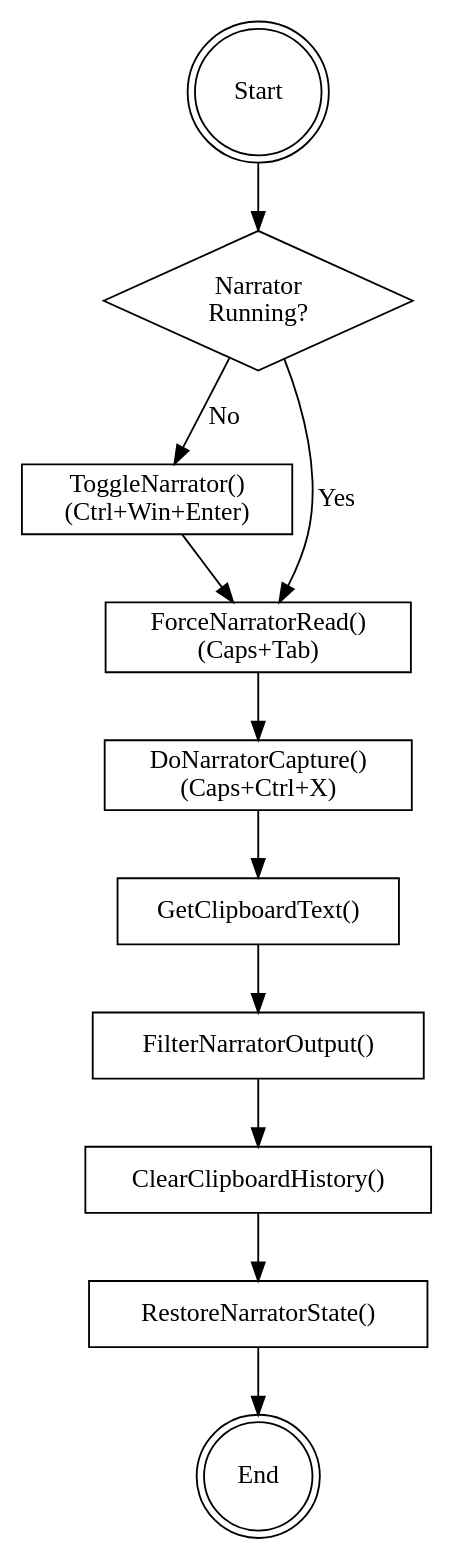
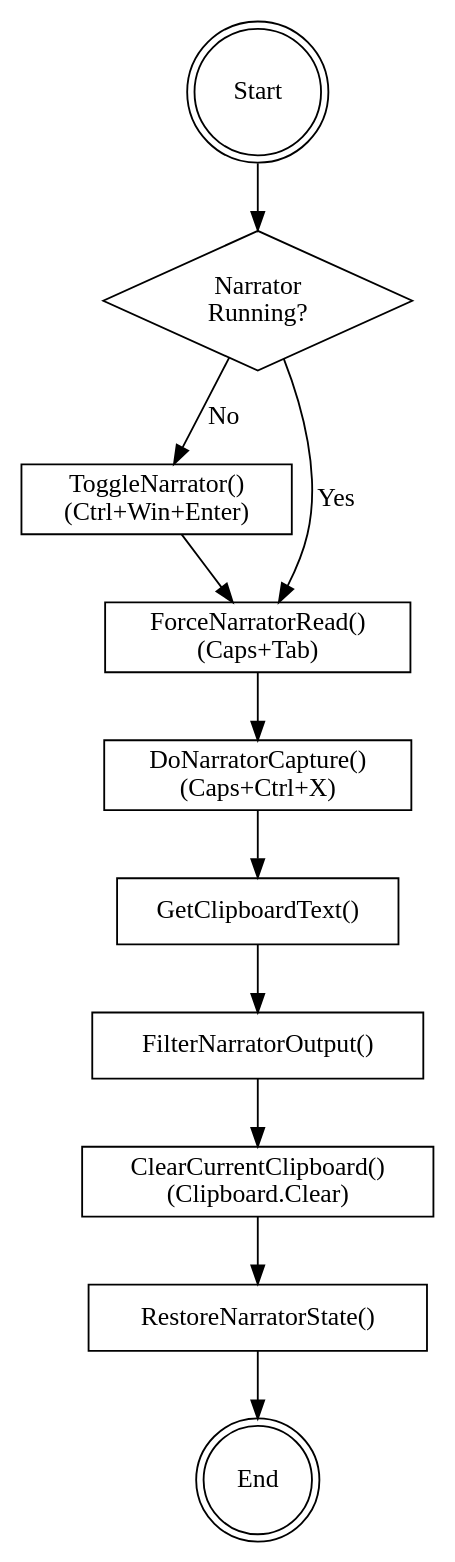
The first of 2 diagrams in docs/superpowers/plans/2026-03-17-getnarratoroutput-csharp.md (an-h12/test), drawn with Graphviz before and after one commit. The commit also changed other lines of this file, not shown here.

Commit message:
plan clear-his

````diff
--- a/docs/superpowers/plans/2026-03-17-getnarratoroutput-csharp.md
+++ b/docs/superpowers/plans/2026-03-17-getnarratoroutput-csharp.md
@@ -22,28 +22,27 @@
 ```dot
 digraph NarratorCaptureWorkflow {
     rankdir=TB;
     start [shape=doublecircle, label="Start"];
 
     ensure_narrator [shape=diamond, label="Narrator\nRunning?"];
     toggle_narrator [shape=box, label="ToggleNarrator()\n(Ctrl+Win+Enter)"];
     force_read [shape=box, label="ForceNarratorRead()\n(Caps+Tab)"];
     capture [shape=box, label="DoNarratorCapture()\n(Caps+Ctrl+X)"];
     get_clipboard [shape=box, label="GetClipboardText()"];
     filter [shape=box, label="FilterNarratorOutput()"];
-    clear_history [shape=box, label="ClearClipboardHistory()"];
+    clear_current [shape=box, label="ClearCurrentClipboard()\n(Clipboard.Clear)"];
     restore [shape=box, label="RestoreNarratorState()"];
-
     end [shape=doublecircle, label="End"];
 
     start -> ensure_narrator;
     ensure_narrator -> toggle_narrator [label="No"];
     ensure_narrator -> force_read [label="Yes"];
     toggle_narrator -> force_read;
     force_read -> capture;
     capture -> get_clipboard;
     get_clipboard -> filter;
-    filter -> clear_history;
-    clear_history -> restore;
+    filter -> clear_current;
+    clear_current -> restore;
     restore -> end;
 }
 ```
````
